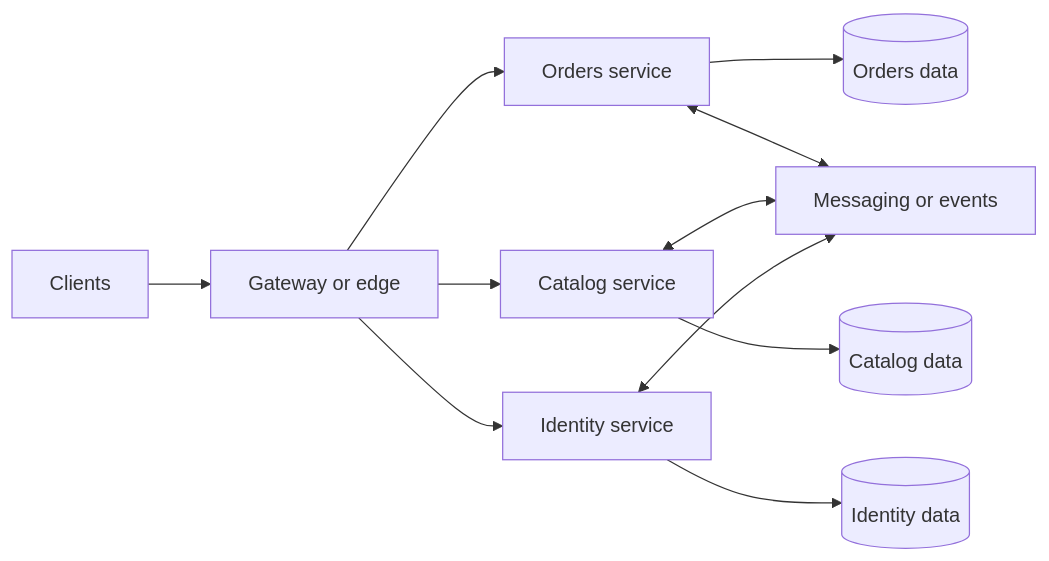
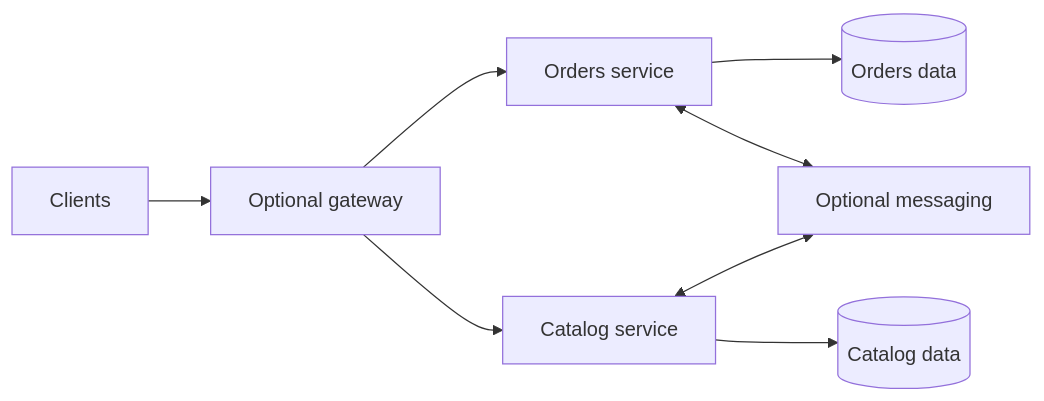
Before and after one commit to Sandhiya0305/open-architecture-knowledge: the diagram in docs/architectures/microservices.md, drawn with Mermaid. The commit also changed other lines of this file and 19 other files, not shown here.

Commit message:
refactor: simplify architecture knowledge portal

````diff
--- a/docs/architectures/microservices.md
+++ b/docs/architectures/microservices.md
@@ -9,13 +15,10 @@
 ```mermaid
 flowchart LR
-    CLIENT[Clients] --> EDGE[Gateway or edge]
+    CLIENT[Clients] --> EDGE[Optional gateway]
     EDGE --> A[Orders service]
     EDGE --> B[Catalog service]
-    EDGE --> C[Identity service]
     A --> DA[(Orders data)]
     B --> DB[(Catalog data)]
-    C --> DC[(Identity data)]
-    A <--> BUS[Messaging or events]
+    A <--> BUS[Optional messaging]
     B <--> BUS
-    C <--> BUS
 ```
````
